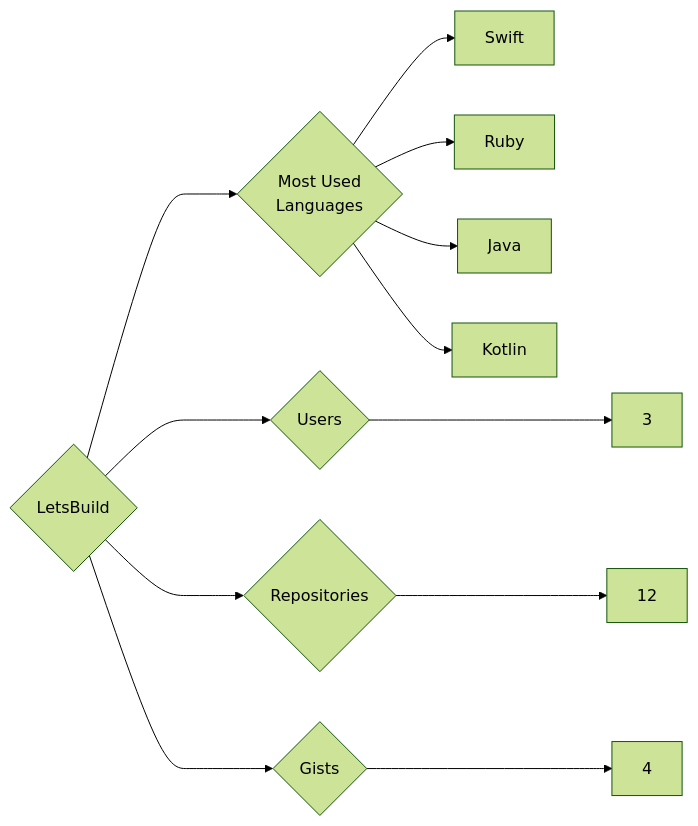
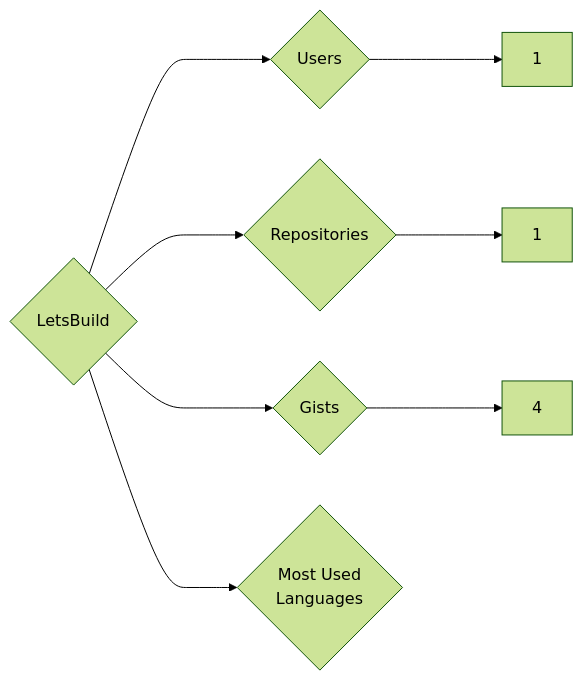
Before and after one commit to trickest/insiders: the diagram in targets/LetsBuild/README.md, drawn with Mermaid (forest theme). The commit also changed 837 other files, not shown here.

````diff
--- a/targets/LetsBuild/README.md
+++ b/targets/LetsBuild/README.md
@@ -3,12 +3,8 @@
 ```mermaid
 graph LR
 COMPANY_NAME{LetsBuild}
-COMPANY_NAME ---> U{Users} ---> UN[3]
-COMPANY_NAME ---> R{Repositories} ---> RN[12]
+COMPANY_NAME ---> U{Users} ---> UN[1]
+COMPANY_NAME ---> R{Repositories} ---> RN[1]
 COMPANY_NAME ---> G{Gists} ---> GN[4]
 COMPANY_NAME ---> ML{Most Used<br>Languages}
-ML --> Swift[Swift]
-ML --> Ruby[Ruby]
-ML --> Java[Java]
-ML --> Kotlin[Kotlin]
 ```
````
